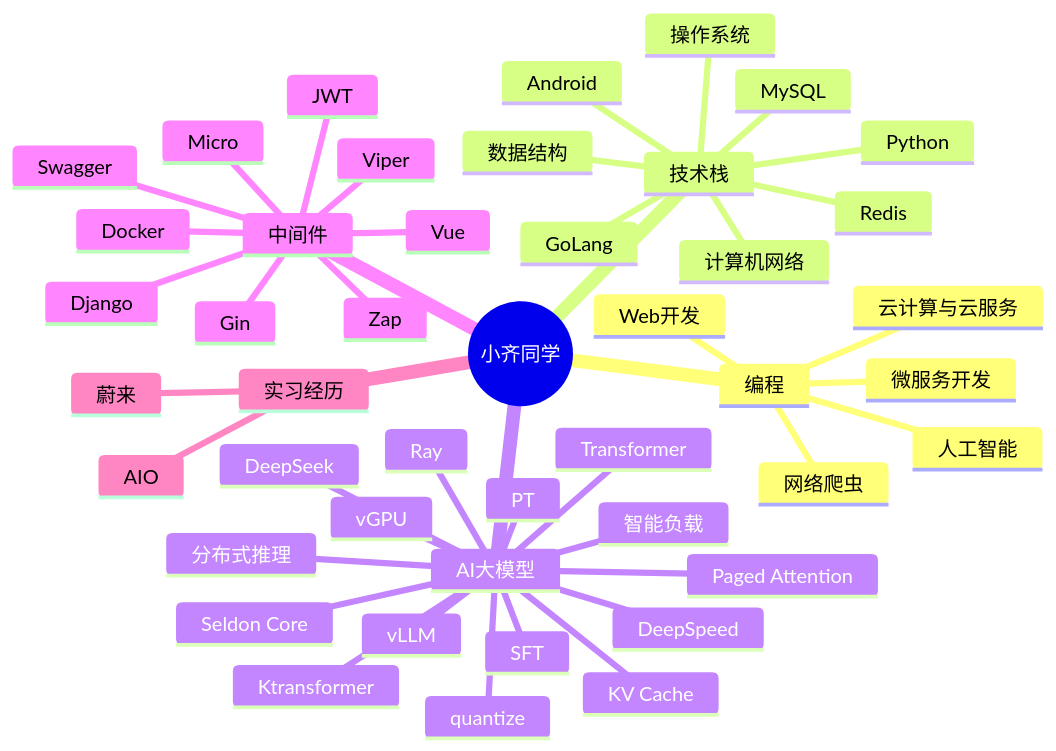
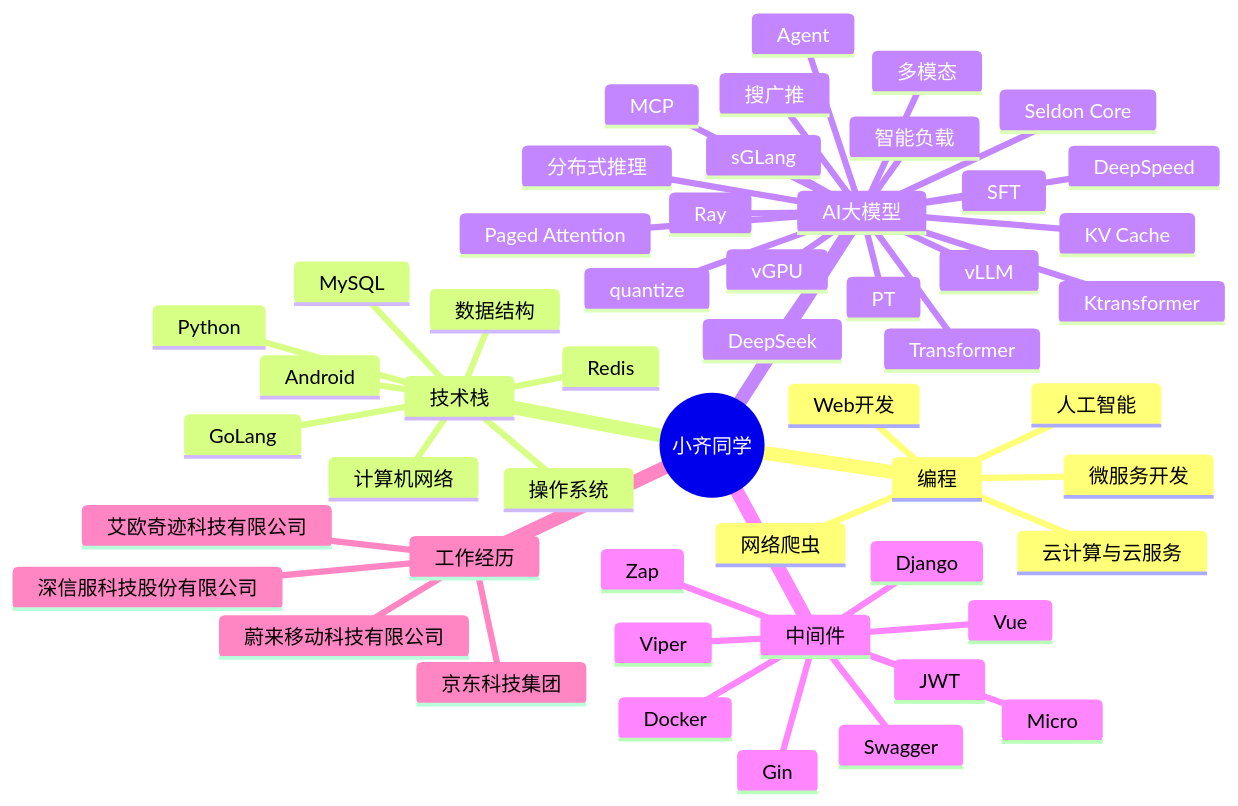
One commit to qilide/qilide changed the diagram in README.md. Above: the diagram before and after it, drawn with Mermaid. The commit also changed other lines of this file, not shown here.

````diff
--- a/README.md
+++ b/README.md
@@ -125,48 +132,55 @@
 ```mermaid
 mindmap
   root((小齐同学))
     编程
       Web开发
       微服务开发
       云计算与云服务
       网络爬虫
       人工智能
     技术栈
       GoLang
       Python
       Android
       MySQL
       Redis
       计算机网络
       操作系统
       数据结构
     AI大模型
       Transformer
       Ktransformer
       Paged Attention
       vLLM
+      sGLang
       Seldon Core
       DeepSeek
       PT
       SFT
       Ray
       quantize
       KV Cache
       智能负载
       分布式推理
       vGPU
       DeepSpeed
+      Agent
+      MCP
+      多模态
+      搜广推
     中间件
       Swagger
       Viper
       JWT
       Zap
       Gin
       Micro
       Django
       Vue
       Docker
-    实习经历
-      蔚来
-      AIO
+    工作经历
+      京东科技集团
+      深信服科技股份有限公司
+      蔚来移动科技有限公司
+      艾欧奇迹科技有限公司
 ```
````
